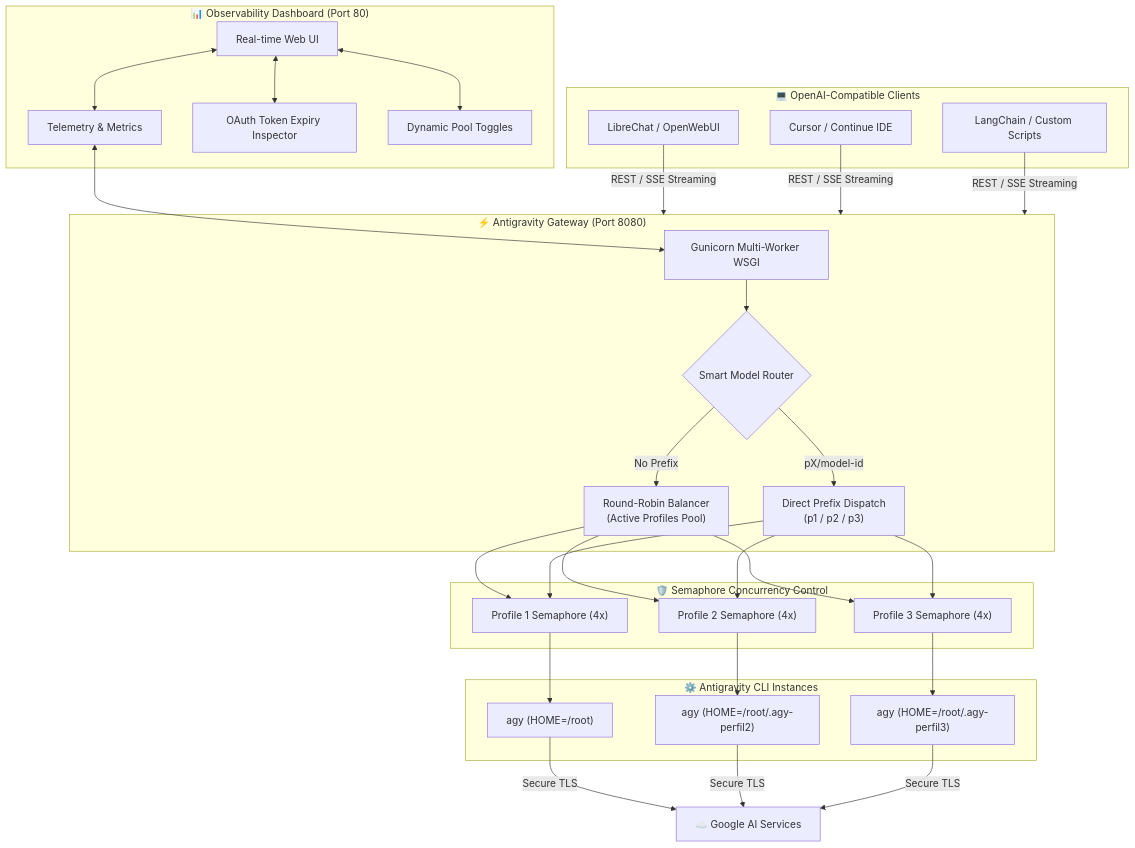
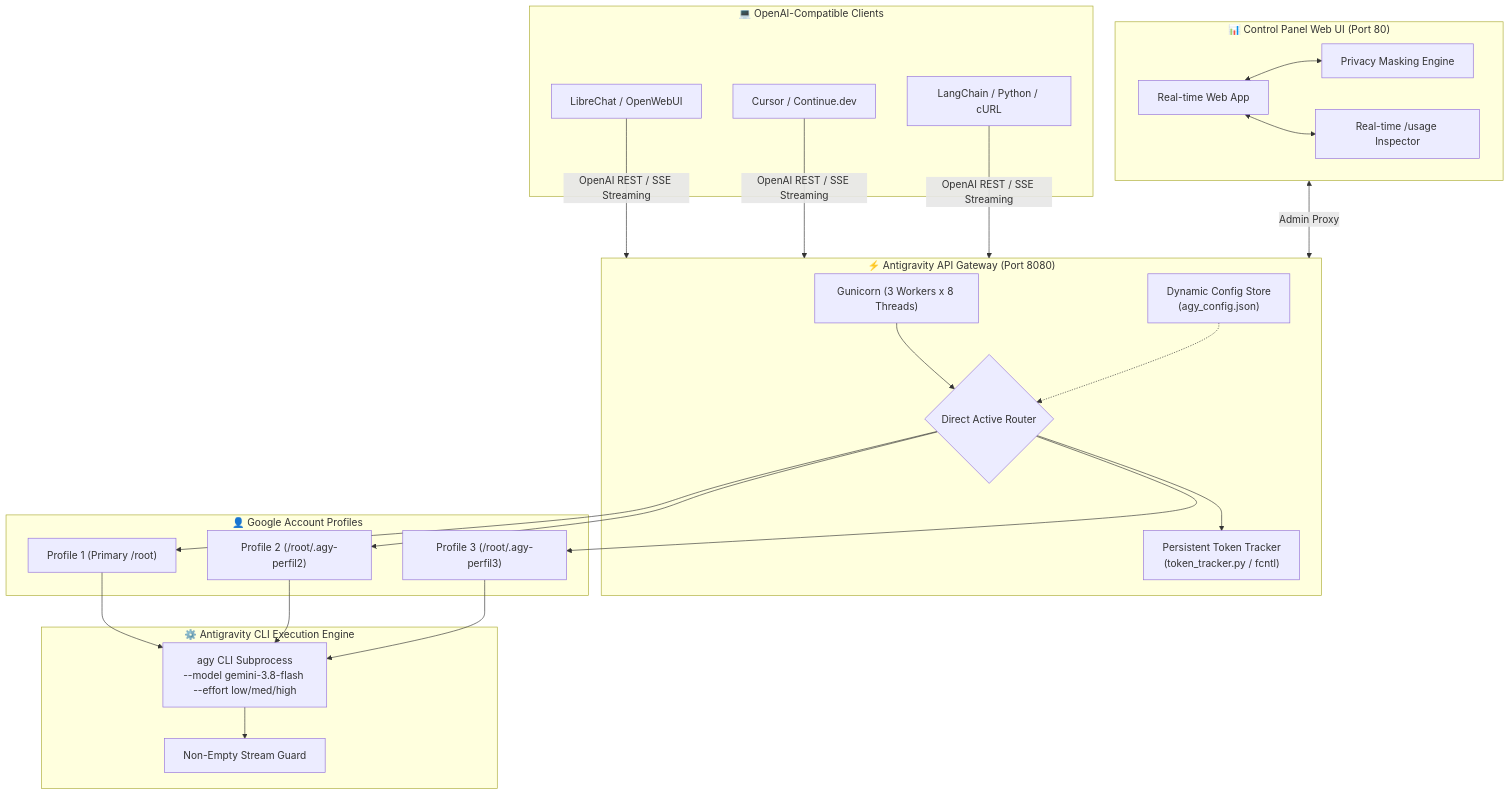
Before and after one commit to marceloasl99/antigravity-api-dashboard: the diagram in README.md, drawn with Mermaid. The commit also changed other lines of this file and 11 other files, not shown here.

First line of the commit message:
feat(v2.0): Gemini 3.8 Flash Exclusive, real-time token tracking & English dashboard

````diff
--- a/README.md
+++ b/README.md
@@ -54,51 +69,42 @@
 ```mermaid
 flowchart TD
     subgraph Clients ["💻 OpenAI-Compatible Clients"]
         C1["LibreChat / OpenWebUI"]
-        C2["Cursor / Continue IDE"]
-        C3["LangChain / Custom Scripts"]
+        C2["Cursor / Continue.dev"]
+        C3["LangChain / Python / cURL"]
     end
 
-    subgraph Gateway ["⚡ Antigravity Gateway (Port 8080)"]
-        G1["Gunicorn Multi-Worker WSGI"]
-        Router{"Smart Model Router"}
-        RR["Round-Robin Balancer<br/>(Active Profiles Pool)"]
-        Direct["Direct Prefix Dispatch<br/>(p1 / p2 / p3)"]
+    subgraph Gateway ["⚡ Antigravity API Gateway (Port 8080)"]
+        G1["Gunicorn (3 Workers x 8 Threads)"]
+        Config["Dynamic Config Store<br/>(agy_config.json)"]
+        Router{"Direct Active Router"}
+        Tracker["Persistent Token Tracker<br/>(token_tracker.py / fcntl)"]
         
         G1 --> Router
-        Router -- "No Prefix" --> RR
-        Router -- "pX/model-id" --> Direct
+        Config -.-> Router
+        Router --> Tracker
     end
 
-    subgraph Concurrency ["🛡️ Semaphore Concurrency Control"]
-        S1["Profile 1 Semaphore (4x)"]
-        S2["Profile 2 Semaphore (4x)"]
-        S3["Profile 3 Semaphore (4x)"]
-        
-        RR --> S1 & S2 & S3
-        Direct --> S1 & S2 & S3
+    subgraph Accounts ["👤 Google Account Profiles"]
+        P1["Profile 1 (Primary /root)"]
+        P2["Profile 2 (/root/.agy-perfil2)"]
+        P3["Profile 3 (/root/.agy-perfil3)"]
     end
 
-    subgraph AntigravityCLI ["⚙️ Antigravity CLI Instances"]
-        CLI1["agy (HOME=/root)"]
-        CLI2["agy (HOME=/root/.agy-perfil2)"]
-        CLI3["agy (HOME=/root/.agy-perfil3)"]
-        
-        S1 --> CLI1
-        S2 --> CLI2
-        S3 --> CLI3
+    subgraph Execution ["⚙️ Antigravity CLI Execution Engine"]
+        CLI["agy CLI Subprocess<br/>--model gemini-3.8-flash --effort low/med/high"]
+        Safe["Non-Empty Stream Guard"]
     end
 
-    subgraph Dashboard ["📊 Observability Dashboard (Port 80)"]
-        D1["Real-time Web UI"]
-        D2["Telemetry & Metrics"]
-        D3["OAuth Token Expiry Inspector"]
-        D4["Dynamic Pool Toggles"]
-        
-        D1 <--> D2 & D3 & D4
-        D2 <--> G1
+    subgraph Dashboard ["📊 Control Panel Web UI (Port 80)"]
+        UI["Real-time Web App"]
+        Privacy["Privacy Masking Engine"]
+        Quotas["Real-time /usage Inspector"]
+        UI <--> Privacy & Quotas
     end
 
-    C1 & C2 & C3 -->|REST / SSE Streaming| Gateway
-    CLI1 & CLI2 & CLI3 -->|Secure TLS| CloudCode["☁️ Google AI Services"]
+    C1 & C2 & C3 -->|OpenAI REST / SSE Streaming| Gateway
+    Router --> P1 & P2 & P3
+    P1 & P2 & P3 --> CLI --> Safe
+    Dashboard <-->|Admin Proxy| Gateway
 ```
````
